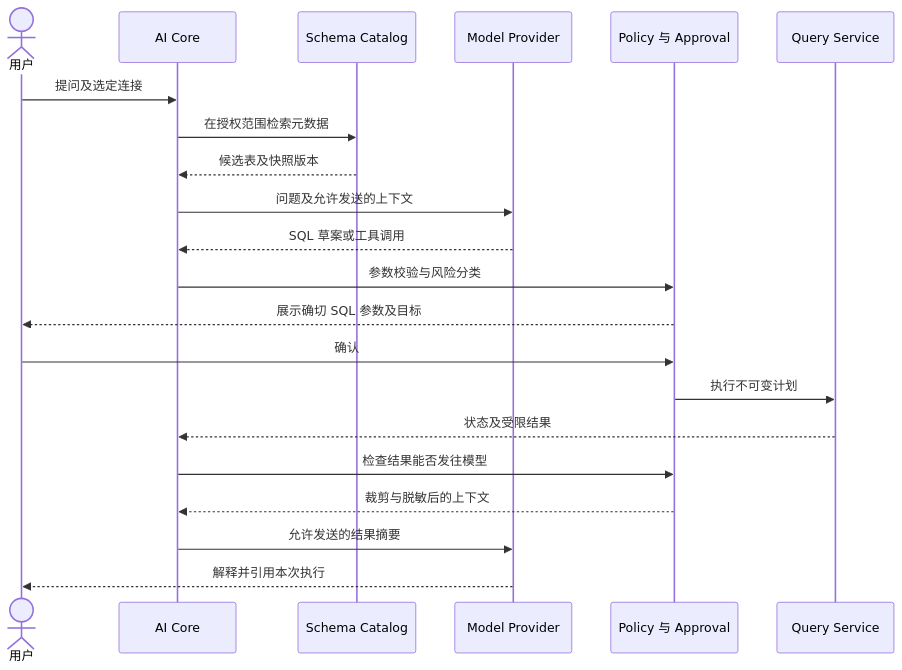
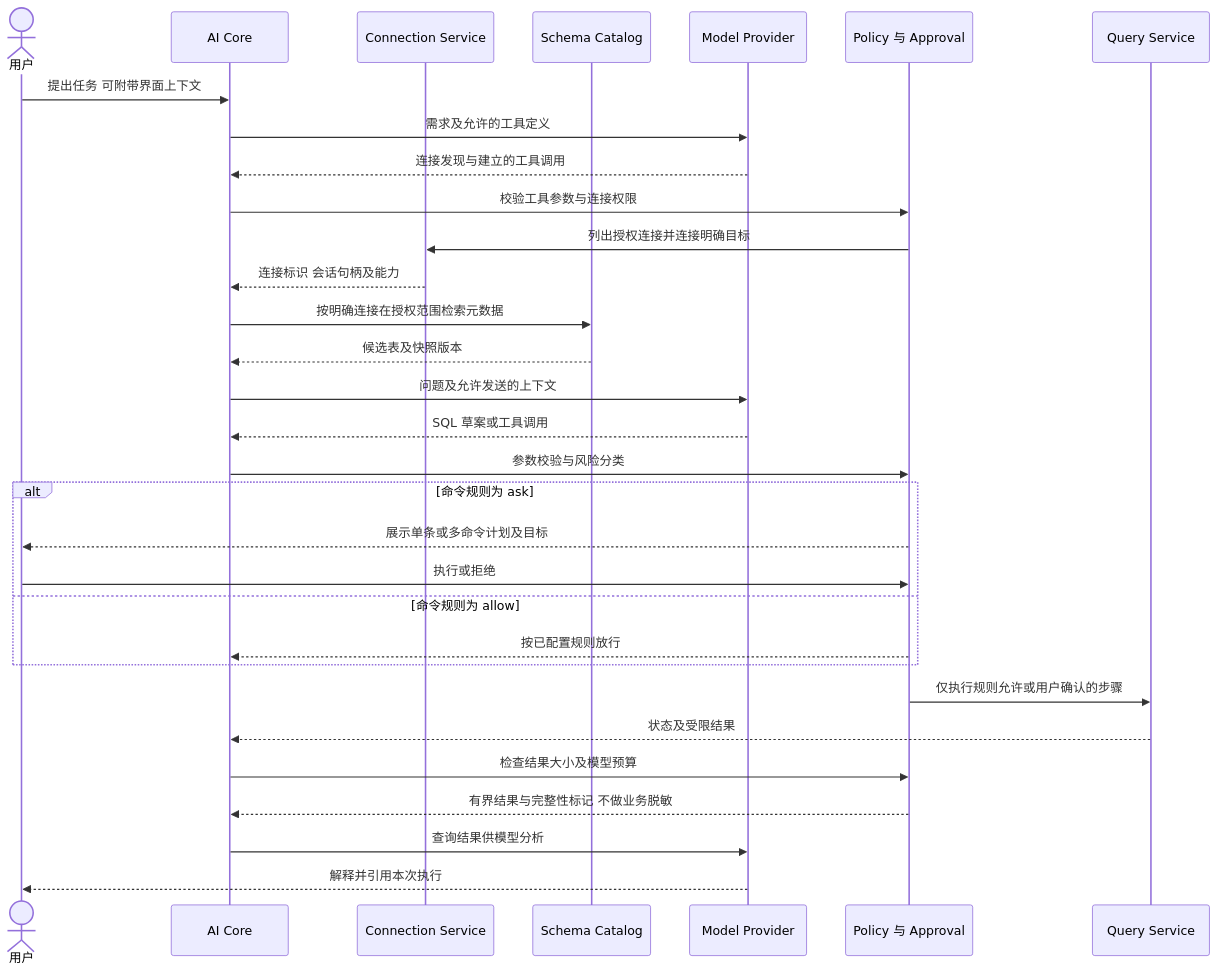
One commit to uncooked-rice-ningshuo/DBPilot changed the fourth of 4 diagrams in docs/AI数据库管理工具总体技术架构设计.md. Above: the diagram before and after it, drawn with Mermaid. The commit also changed other lines of this file and 182 other files, not shown here.

````diff
--- a/docs/AI数据库管理工具总体技术架构设计.md
+++ b/docs/AI数据库管理工具总体技术架构设计.md
@@ -293,23 +335,33 @@
 ```mermaid
 sequenceDiagram
   actor U as 用户
   participant A as AI Core
+  participant N as Connection Service
   participant C as Schema Catalog
   participant M as Model Provider
   participant P as Policy 与 Approval
   participant Q as Query Service
-  U->>A: 提问及选定连接
-  A->>C: 在授权范围检索元数据
+  U->>A: 提出任务 可附带界面上下文
+  A->>M: 需求及允许的工具定义
+  M-->>A: 连接发现与建立的工具调用
+  A->>P: 校验工具参数与连接权限
+  P->>N: 列出授权连接并连接明确目标
+  N-->>A: 连接标识 会话句柄及能力
+  A->>C: 按明确连接在授权范围检索元数据
   C-->>A: 候选表及快照版本
   A->>M: 问题及允许发送的上下文
   M-->>A: SQL 草案或工具调用
   A->>P: 参数校验与风险分类
-  P-->>U: 展示确切 SQL 参数及目标
-  U->>P: 确认
-  P->>Q: 执行不可变计划
+  alt 命令规则为 ask
+    P-->>U: 展示单条或多命令计划及目标
+    U->>P: 执行或拒绝
+  else 命令规则为 allow
+    P-->>A: 按已配置规则放行
+  end
+  P->>Q: 仅执行规则允许或用户确认的步骤
   Q-->>A: 状态及受限结果
-  A->>P: 检查结果能否发往模型
-  P-->>A: 裁剪与脱敏后的上下文
-  A->>M: 允许发送的结果摘要
+  A->>P: 检查结果大小及模型预算
+  P-->>A: 有界结果与完整性标记 不做业务脱敏
+  A->>M: 查询结果供模型分析
   M-->>U: 解释并引用本次执行
 ```
````
